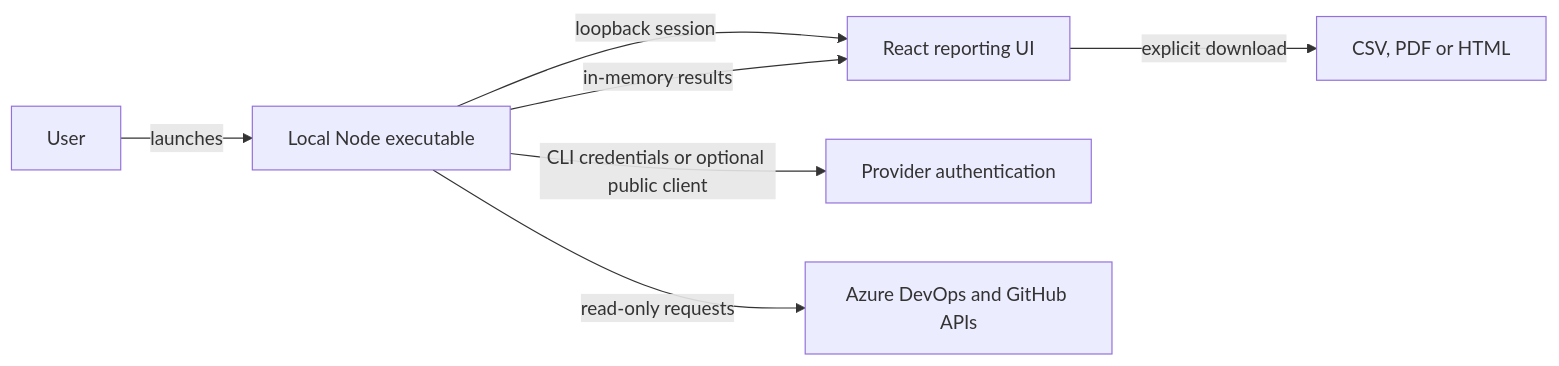
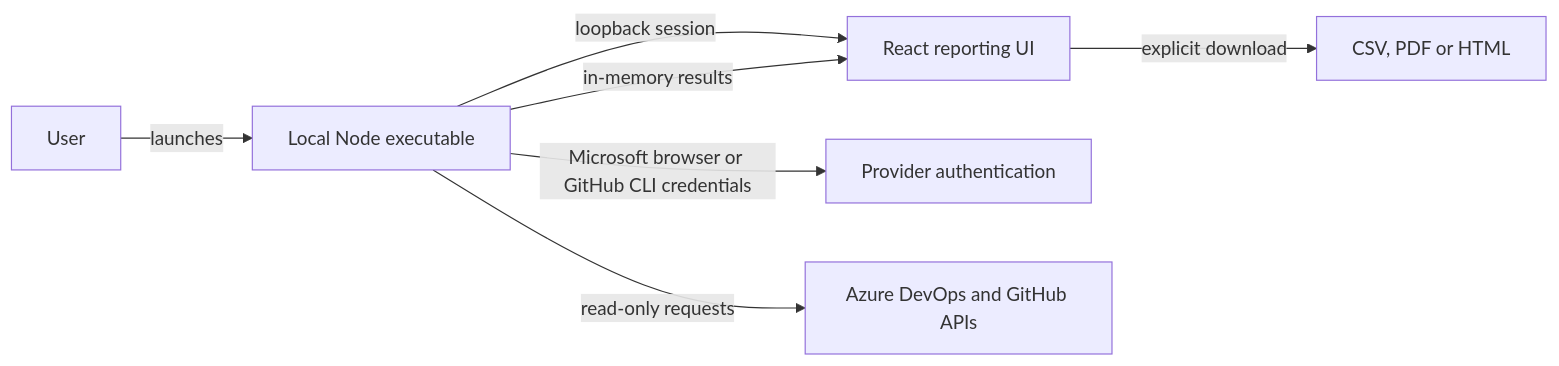
The diagram in README.md (ninjapaw/committer-insights), drawn with Mermaid before and after one commit. The commit also changed other lines of this file and 22 other files, not shown here.

````diff
--- a/README.md
+++ b/README.md
@@ -158,9 +268,9 @@
 ```mermaid
 flowchart LR
 	User -->|launches| Host[Local Node executable]
 	Host -->|loopback session| Browser[React reporting UI]
-	Host -->|CLI credentials or optional public client| Auth[Provider authentication]
+	Host -->|Microsoft browser or GitHub CLI credentials| Auth[Provider authentication]
 	Host -->|read-only requests| Providers[Azure DevOps and GitHub APIs]
 	Host -->|in-memory results| Browser
 	Browser -->|explicit download| Exports[CSV, PDF or HTML]
 ```
````
